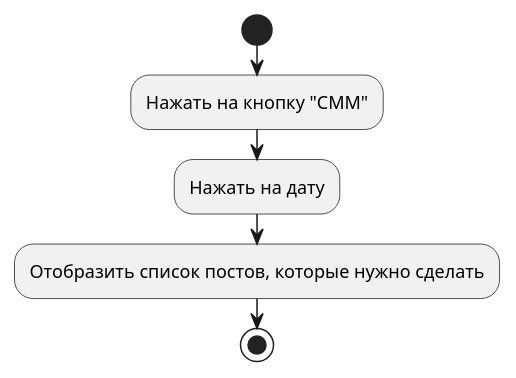
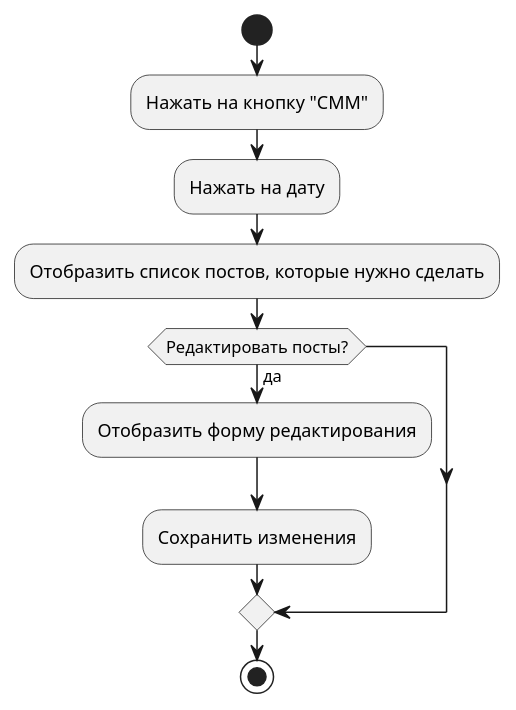
The diagram in docs/diagrams/content_plan_info.puml (sinseiwas/PROspekt_bot), drawn with PlantUML before and after one commit. The commit also changed 9 other files, not shown here.

```diff
--- a/docs/diagrams/content_plan_info.puml
+++ b/docs/diagrams/content_plan_info.puml
@@ -1,7 +1,11 @@
 @startuml
 start
 :Нажать на кнопку "СММ";
 :Нажать на дату;
 :Отобразить список постов, которые нужно сделать;
+if (Редактировать посты?) then (да)
+  :Отобразить форму редактирования;
+  :Сохранить изменения;
+endif
 stop
 @enduml
```
